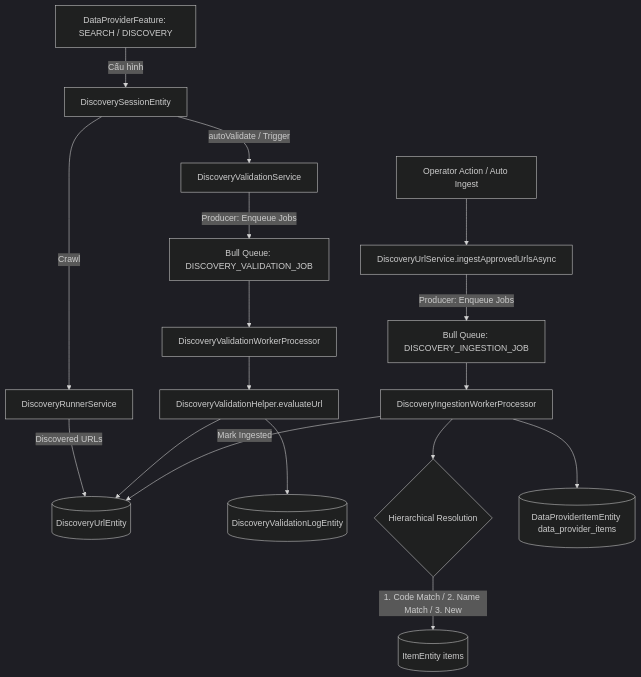
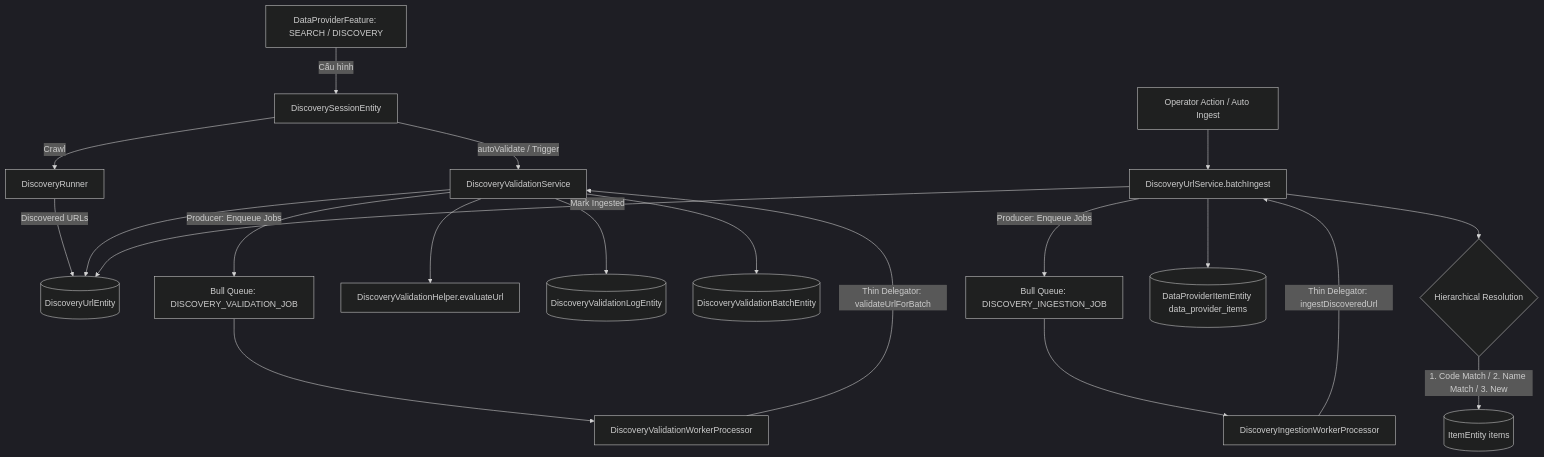
Before and after one commit to Personal-Source-SP/only-one-be: the diagram in only-one/archives/20260903-195700-scraping-discovery-validation-and-ingestion-pipeline.md, drawn with Mermaid (dark theme). The commit also changed other lines of this file and 6 other files, not shown here.

Commit message:
feat: implement discovery validation service and background worker processor with architecture rules

````diff
--- a/only-one/archives/20260903-195700-scraping-discovery-validation-and-ingestion-pipeline.md
+++ b/only-one/archives/20260903-195700-scraping-discovery-validation-and-ingestion-pipeline.md
@@ -34,23 +34,26 @@
 ```mermaid
 flowchart TD
     Feature[DataProviderFeature: SEARCH / DISCOVERY] -->|Cấu hình| Session[DiscoverySessionEntity]
-    Session -->|Crawl| Runner[DiscoveryRunnerService]
+    Session -->|Crawl| Runner[DiscoveryRunner]
     Runner -->|Discovered URLs| Urls[(DiscoveryUrlEntity)]
     
     Session -->|autoValidate / Trigger| BatchService[DiscoveryValidationService]
     BatchService -->|Producer: Enqueue Jobs| QueueVal[Bull Queue: DISCOVERY_VALIDATION_JOB]
     QueueVal --> WorkerVal[DiscoveryValidationWorkerProcessor]
     
-    WorkerVal --> Helper[DiscoveryValidationHelper.evaluateUrl]
-    Helper --> Logs[(DiscoveryValidationLogEntity)]
-    Helper --> Urls
+    WorkerVal -->|Thin Delegator: validateUrlForBatch| BatchService
+    BatchService --> Helper[DiscoveryValidationHelper.evaluateUrl]
+    BatchService --> Logs[(DiscoveryValidationLogEntity)]
+    BatchService --> Urls
+    BatchService --> Batch[(DiscoveryValidationBatchEntity)]
     
-    User[Operator Action / Auto Ingest] --> IngestService[DiscoveryUrlService.ingestApprovedUrlsAsync]
+    User[Operator Action / Auto Ingest] --> IngestService[DiscoveryUrlService.batchIngest]
     IngestService -->|Producer: Enqueue Jobs| QueueIngest[Bull Queue: DISCOVERY_INGESTION_JOB]
     QueueIngest --> WorkerIngest[DiscoveryIngestionWorkerProcessor]
     
-    WorkerIngest --> Resolution{Hierarchical Resolution}
+    WorkerIngest -->|Thin Delegator: ingestDiscoveredUrl| IngestService
+    IngestService --> Resolution{Hierarchical Resolution}
     Resolution -->|1. Code Match / 2. Name Match / 3. New| Item[(ItemEntity items)]
-    WorkerIngest --> DPItem[(DataProviderItemEntity data_provider_items)]
-    WorkerIngest -->|Mark Ingested| Urls
+    IngestService --> DPItem[(DataProviderItemEntity data_provider_items)]
+    IngestService -->|Mark Ingested| Urls
 ```
````
